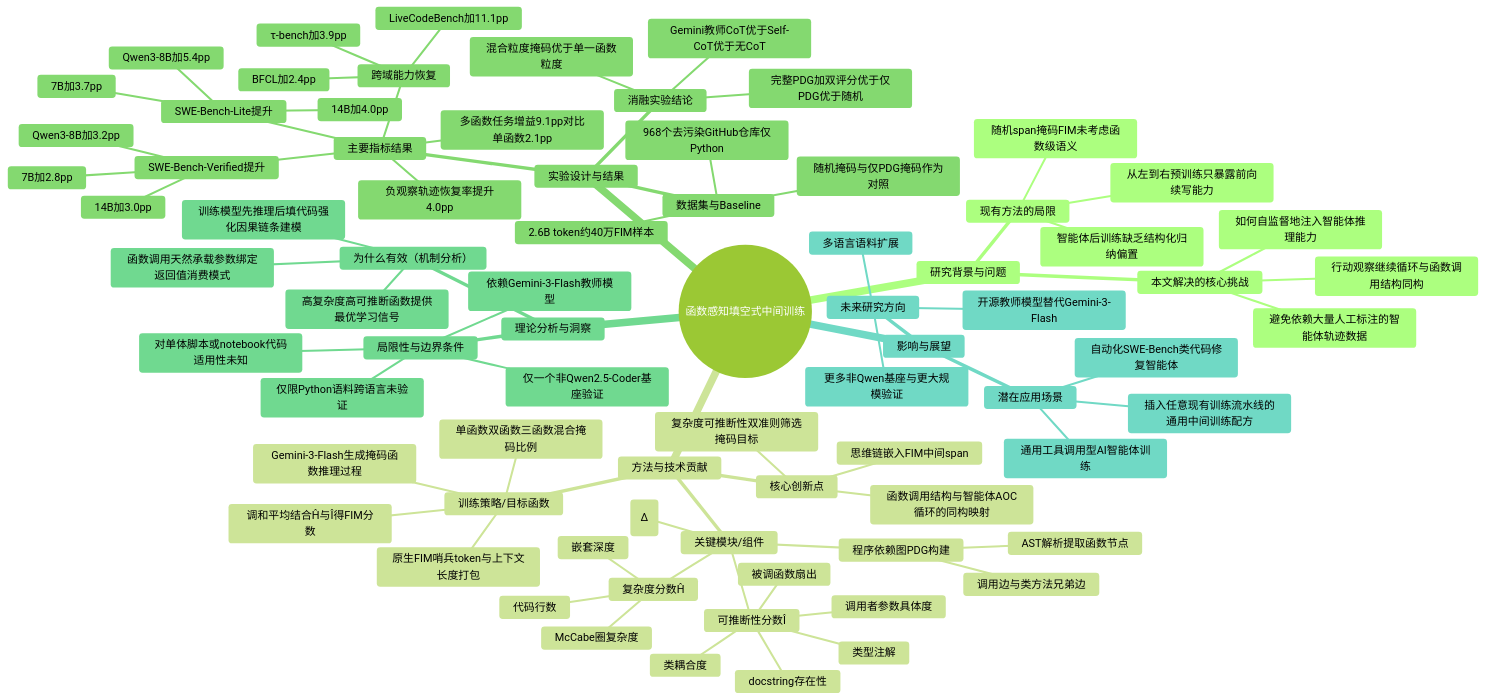
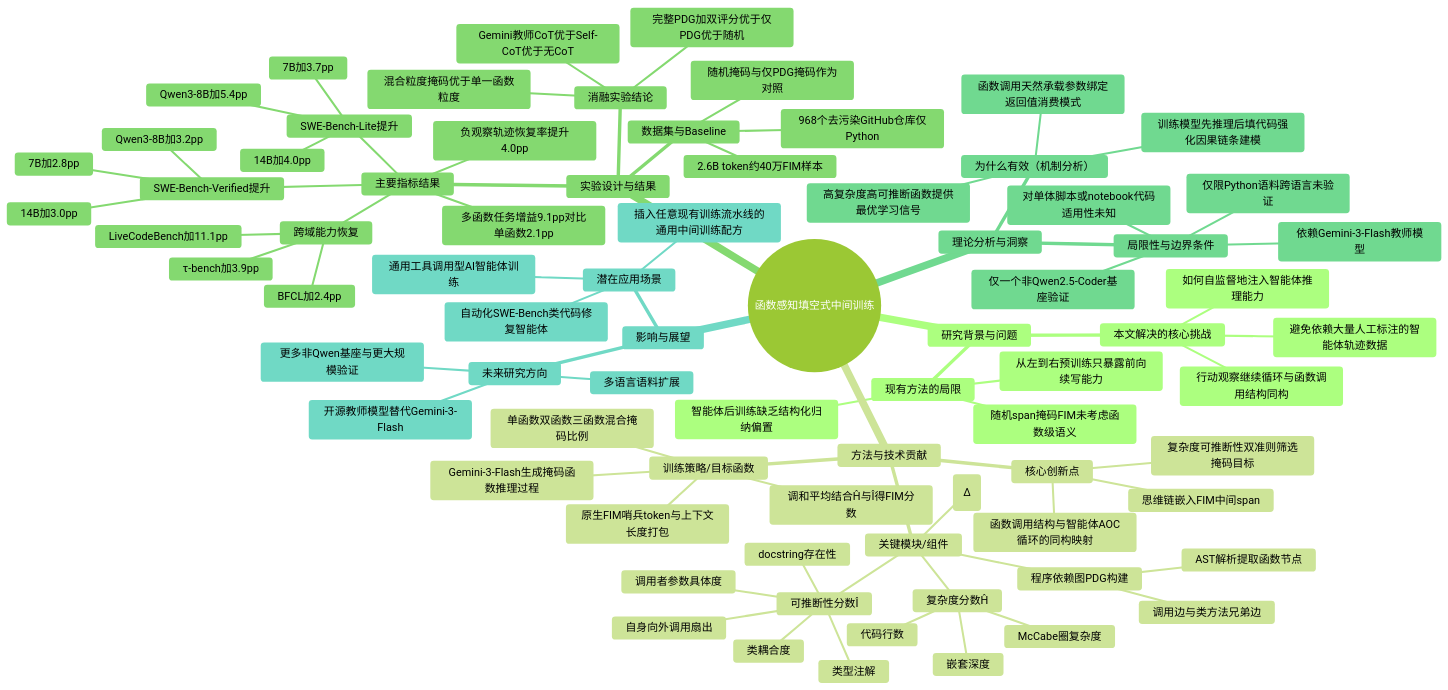
Before and after one commit to sudoghut/paper: the diagram in src/content/papers/2026-07-19-function-aware-fim.md, drawn with Mermaid (forest theme). The commit also changed other lines of this file, not shown here.

Commit message:
fix: 修正Function-Aware FIM综述中"扇出"的错误释义(应为对外调用数而非被调用次数)

````diff
--- a/src/content/papers/2026-07-19-function-aware-fim.md
+++ b/src/content/papers/2026-07-19-function-aware-fim.md
@@ -113,81 +113,81 @@
 ```mermaid
 mindmap
   root((函数感知填空式中间训练))
     研究背景与问题
       现有方法的局限
         从左到右预训练只暴露前向续写能力
         智能体后训练缺乏结构化归纳偏置
         随机span掩码FIM未考虑函数级语义
       本文解决的核心挑战
         行动观察继续循环与函数调用结构同构
         如何自监督地注入智能体推理能力
         避免依赖大量人工标注的智能体轨迹数据
     方法与技术贡献
       核心创新点
         函数调用结构与智能体AOC循环的同构映射
         复杂度可推断性双准则筛选掩码目标
         思维链嵌入FIM中间span
       关键模块/组件
         程序依赖图PDG构建
           AST解析提取函数节点
           调用边与类方法兄弟边
         复杂度分数Ĥ
           代码行数
           McCabe圈复杂度
           嵌套深度
         可推断性分数Î
           调用者参数具体度
-          被调函数扇出
+          自身向外调用扇出
           类型注解
           docstring存在性
           类耦合度
         难度惩罚项ρ(Δ)
       训练策略/目标函数
         调和平均结合Ĥ与Î得FIM分数
         Gemini-3-Flash生成掩码函数推理过程
         原生FIM哨兵token与上下文长度打包
         单函数双函数三函数混合掩码比例
     实验设计与结果
       数据集与Baseline
         968个去污染GitHub仓库仅Python
         2.6B token约40万FIM样本
         随机掩码与仅PDG掩码作为对照
       主要指标结果
         SWE-Bench-Verified提升
           7B加2.8pp
           14B加3.0pp
           Qwen3-8B加3.2pp
         SWE-Bench-Lite提升
           7B加3.7pp
           14B加4.0pp
           Qwen3-8B加5.4pp
         跨域能力恢复
           LiveCodeBench加11.1pp
           BFCL加2.4pp
           τ-bench加3.9pp
         负观察轨迹恢复率提升4.0pp
         多函数任务增益9.1pp对比单函数2.1pp
       消融实验结论
         Gemini教师CoT优于Self-CoT优于无CoT
         完整PDG加双评分优于仅PDG优于随机
         混合粒度掩码优于单一函数粒度
     理论分析与洞察
       为什么有效（机制分析）
         函数调用天然承载参数绑定返回值消费模式
         训练模型先推理后填代码强化因果链条建模
         高复杂度高可推断函数提供最优学习信号
       局限性与边界条件
         仅限Python语料跨语言未验证
         依赖Gemini-3-Flash教师模型
         仅一个非Qwen2.5-Coder基座验证
         对单体脚本或notebook代码适用性未知
     影响与展望
       潜在应用场景
         自动化SWE-Bench类代码修复智能体
         通用工具调用型AI智能体训练
         插入任意现有训练流水线的通用中间训练配方
       未来研究方向
         多语言语料扩展
         开源教师模型替代Gemini-3-Flash
         更多非Qwen基座与更大规模验证
 ```
````
